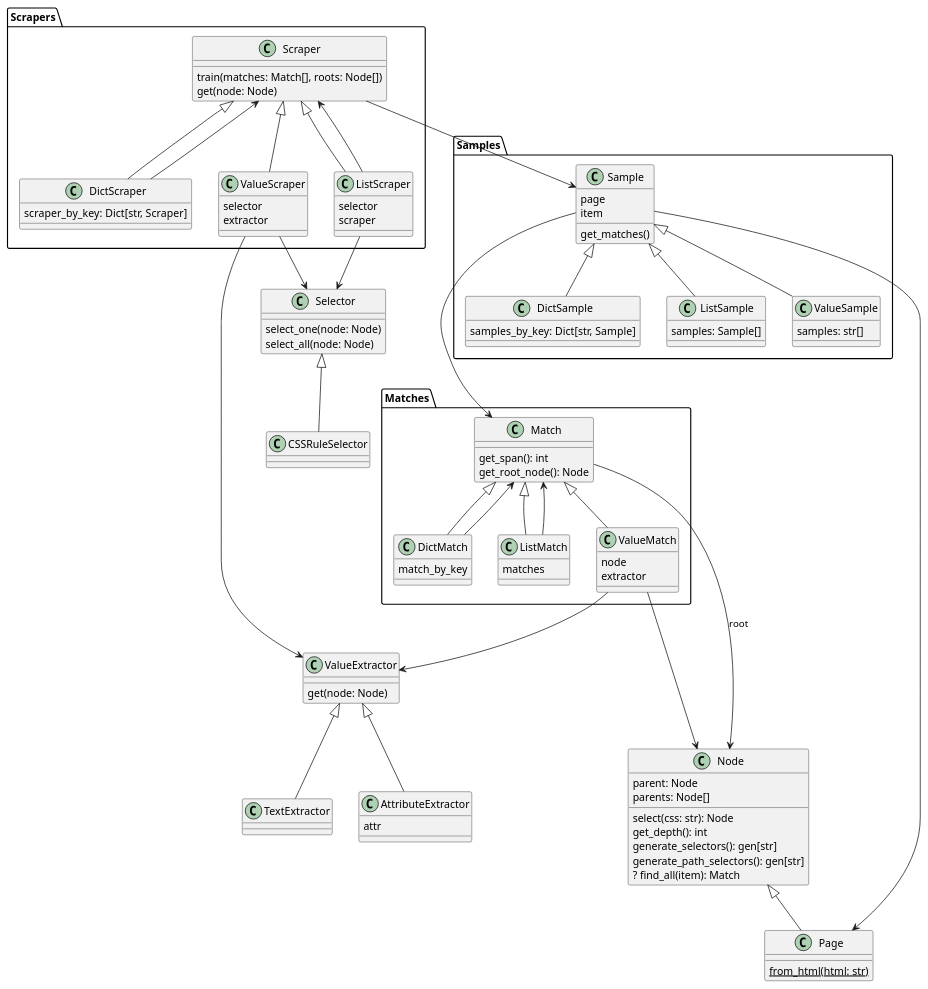
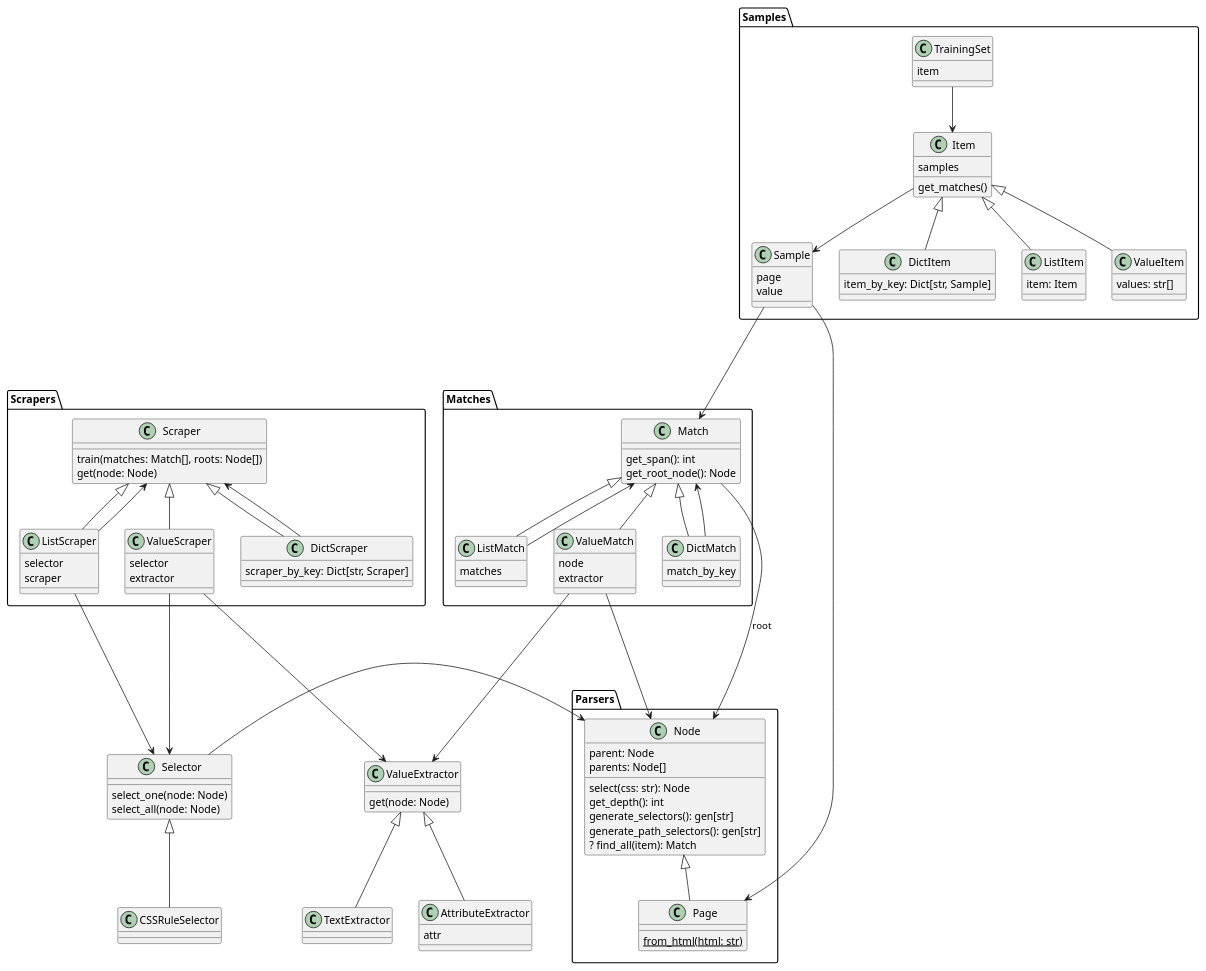
The diagram in docs/classes.plantuml (lorey/mlscraper-experiments), drawn with PlantUML before and after one commit. The commit also changed 1 other file, not shown here.

Commit message:
Improve class layout in diagram

```diff
--- a/docs/classes.plantuml
+++ b/docs/classes.plantuml
@@ -1,115 +1,125 @@
 @startuml
+package Parsers {
+    class Node
+    Node : parent: Node
+    Node : parents: Node[]
+    Node : select(css: str): Node
+    Node : get_depth(): int
+    Node : generate_selectors(): gen[str]
+    Node : generate_path_selectors(): gen[str]
+    Node : ? find_all(item): Match
+
+    class Page
+    Page : {static} from_html(html: str)
+
+    Node <|-- Page
+}
+
 class Selector
 Selector : select_one(node: Node)
 Selector : select_all(node: Node)
+Selector -> Node
 
 class CSSRuleSelector
 
 Selector <|-- CSSRuleSelector
 
 package Samples {
+    class TrainingSet
+    TrainingSet : item
+
+    class Item
+    Item : samples
+    Item : get_matches()
+
     class Sample
     Sample : page
-    Sample : item
-    Sample : get_matches()
+    Sample : value
 
-    class DictSample
-    DictSample : samples_by_key: Dict[str, Sample]
+    class DictItem
+    DictItem : item_by_key: Dict[str, Sample]
 
-    class ListSample
-    ListSample : samples: Sample[]
+    class ListItem
+    ListItem : item: Item
 
-    class ValueSample
-    ValueSample : samples: str[]
+    class ValueItem
+    ValueItem : values: str[]
 }
-
-Sample <|-- DictSample
-Sample <|-- ListSample
-Sample <|-- ValueSample
+Item --> Sample
+TrainingSet --> Item
+Item <|-- DictItem
+Item <|-- ListItem
+Item <|-- ValueItem
 
 Sample --> Page
 
 package Matches{
     class Match
     Match : get_span(): int
     Match : get_root_node(): Node
 
     class DictMatch
     DictMatch : match_by_key
     DictMatch --> Match
 
     class ListMatch
     ListMatch : matches
     ListMatch --> Match
 
     class ValueMatch
     ValueMatch : node
     ValueMatch : extractor
 }
 
 Match ---> Node : root
 
 ValueMatch ---> Node
 
 Match <|-- DictMatch
 Match <|-- ListMatch
 Match <|-- ValueMatch
 
 Sample ---> Match
 
 package Scrapers {
     class Scraper
     Scraper : train(matches: Match[], roots: Node[])
     Scraper : get(node: Node)
 
     class DictScraper
     DictScraper : scraper_by_key: Dict[str, Scraper]
     DictScraper --> Scraper
 
     class ListScraper
     ListScraper : selector
     ListScraper : scraper
     ListScraper --> Scraper
 
     class ValueScraper
     ValueScraper : selector
     ValueScraper : extractor
 }
 
-Scraper --> Sample
-
-ValueScraper --> Selector
-ListScraper --> Selector
+ValueScraper ---> Selector
+ListScraper ---> Selector
 
 class ValueExtractor
 ValueExtractor : get(node: Node)
 
 class AttributeExtractor
 AttributeExtractor : attr
 
 class TextExtractor
 
 Scraper <|-- DictScraper
 Scraper <|-- ListScraper
 Scraper <|-- ValueScraper
 ValueScraper ---> ValueExtractor
 
 ValueExtractor <|--  AttributeExtractor
 ValueExtractor <|--  TextExtractor
 
 ValueMatch --> ValueExtractor
 
-class Node
-Node : parent: Node
-Node : parents: Node[]
-Node : select(css: str): Node
-Node : get_depth(): int
-Node : generate_selectors(): gen[str]
-Node : generate_path_selectors(): gen[str]
-Node : ? find_all(item): Match
 
-class Page
-Page : {static} from_html(html: str)
-
-Node <|-- Page
 @enduml
```
